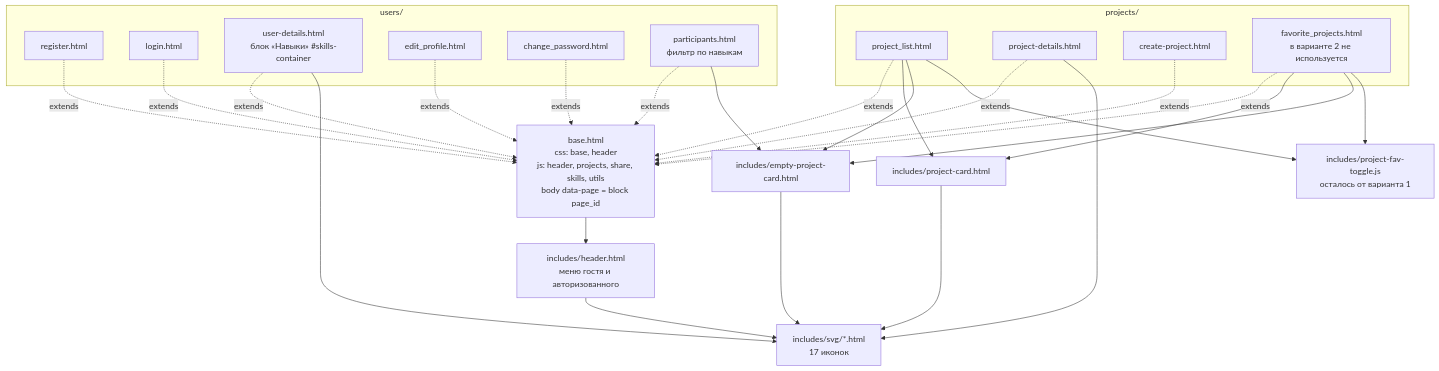
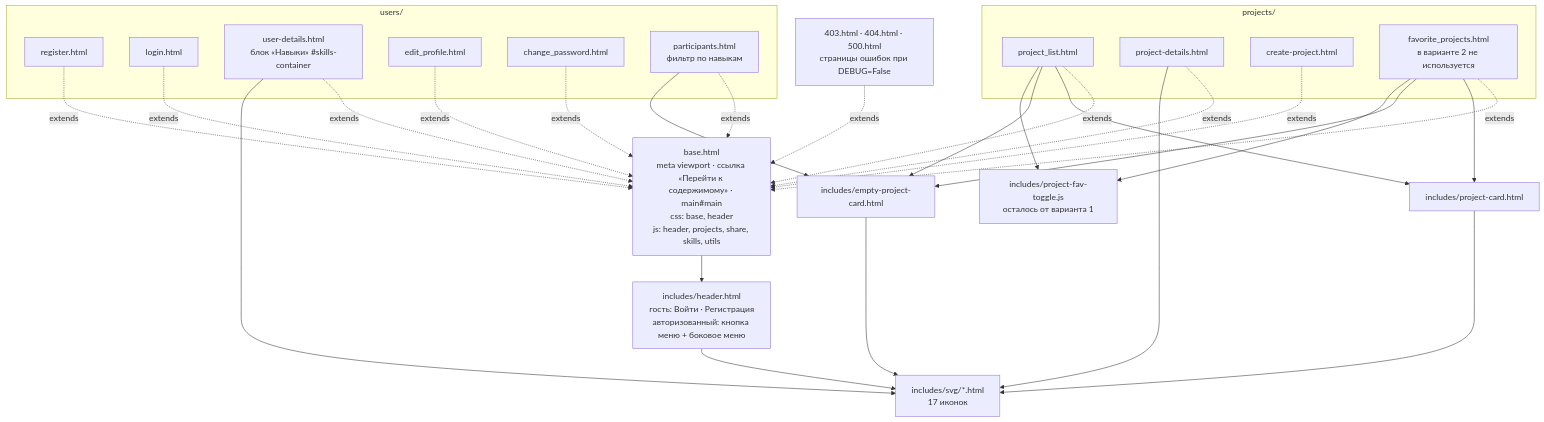
Before and after one commit to g3eraa/team-finder-ad: the tenth of 24 diagrams in ARCHITECTURE.md, drawn with Mermaid. The commit also changed other lines of this file and 53 other files, not shown here.

````diff
--- a/ARCHITECTURE.md
+++ b/ARCHITECTURE.md
@@ -460,37 +485,39 @@
 ```mermaid
 flowchart TB
-    BASE["base.html<br/>css: base, header<br/>js: header, projects, share, skills, utils<br/>body data-page = block page_id"]
-    HDR["includes/header.html<br/>меню гостя и авторизованного"]
+    BASE["base.html<br/>meta viewport · ссылка «Перейти к содержимому» · main#main<br/>css: base, header<br/>js: header, projects, share, skills, utils"]
+    HDR["includes/header.html<br/>гость: Войти · Регистрация<br/>авторизованный: кнопка меню + боковое меню"]
+    ERR["403.html · 404.html · 500.html<br/>страницы ошибок при DEBUG=False"]
     SVG["includes/svg/*.html<br/>17 иконок"]
     CARD["includes/project-card.html"]
     EMPTY["includes/empty-project-card.html"]
     FAVJS["includes/project-fav-toggle.js<br/>осталось от варианта 1"]
 
     BASE --> HDR --> SVG
 
     subgraph PP["projects/"]
         PL["project_list.html"]
         PD["project-details.html"]
         PC["create-project.html"]
         PF["favorite_projects.html<br/>в варианте 2 не используется"]
     end
 
     subgraph UP["users/"]
         UR["register.html"]
         UL["login.html"]
         UD["user-details.html<br/>блок «Навыки» #skills-container"]
         UE["edit_profile.html"]
         UC["change_password.html"]
         UPA["participants.html<br/>фильтр по навыкам"]
     end
 
     PL & PD & PC & PF -. "extends" .-> BASE
+    ERR -. "extends" .-> BASE
     UR & UL & UD & UE & UC & UPA -. "extends" .-> BASE
     PL --> CARD & EMPTY & FAVJS
     PF --> CARD & EMPTY & FAVJS
     UPA --> EMPTY
     CARD --> SVG
     EMPTY --> SVG
     PD --> SVG
     UD --> SVG
 ```
````
